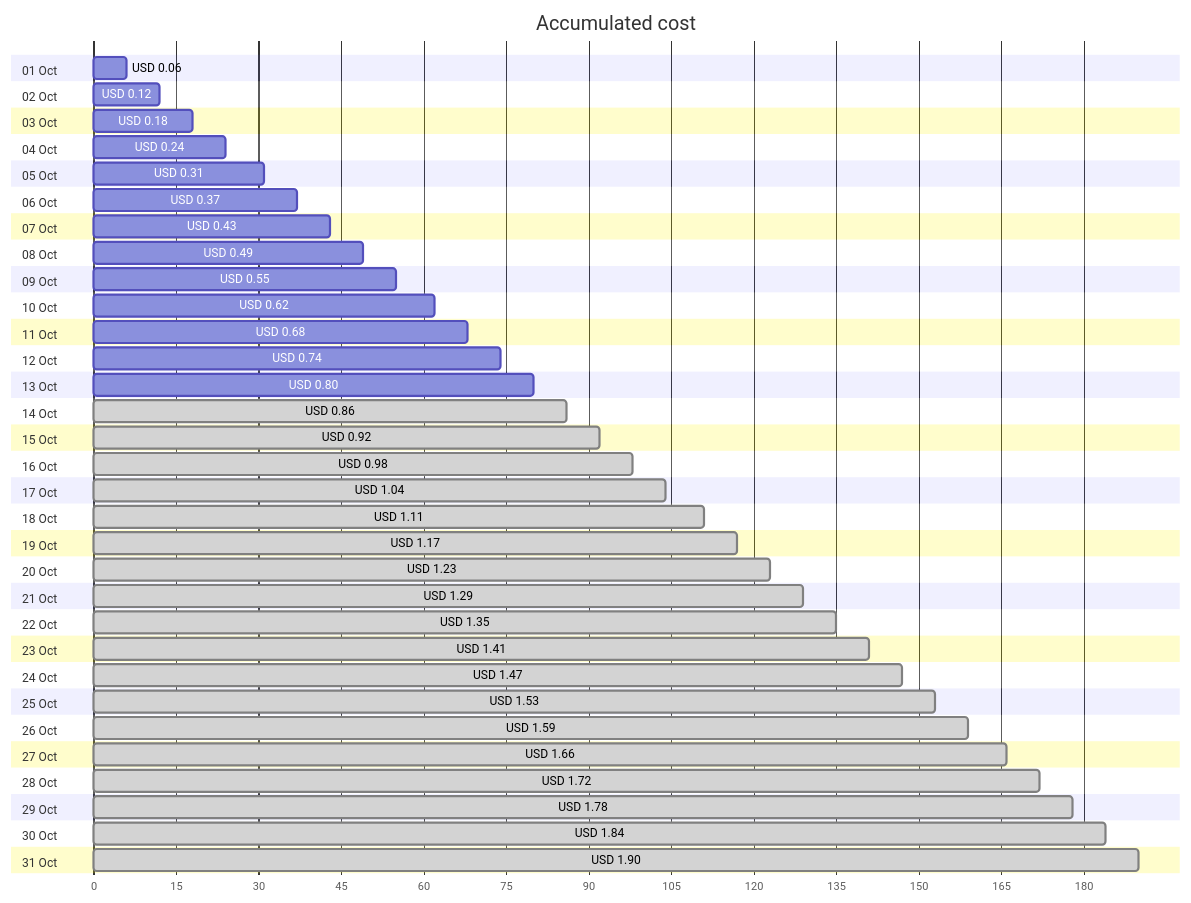
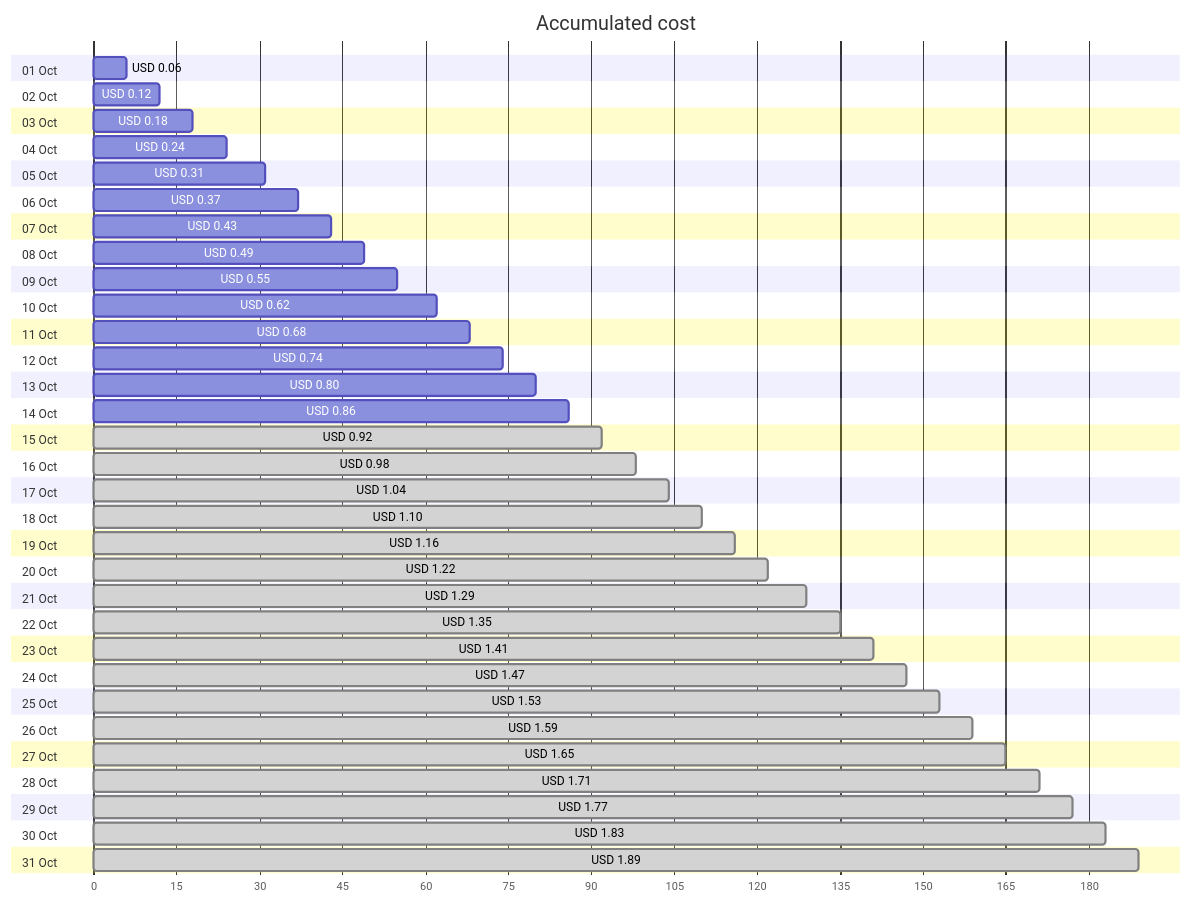
The first of 4 diagrams in cost-reports/personal-network/backup-server_OsDisk.md (jpfulton/azure-personal-reports), drawn with Mermaid before and after one commit. The commit also changed other lines of this file and 8 other files, not shown here.

````diff
--- a/cost-reports/personal-network/backup-server_OsDisk.md
+++ b/cost-reports/personal-network/backup-server_OsDisk.md
@@ -20,68 +20,68 @@
 ```mermaid
 gantt
    title Accumulated cost
    dateFormat  X
    axisFormat %s
    section 01 Oct
    USD 0.06 :0, 6
    section 02 Oct
    USD 0.12 :0, 12
    section 03 Oct
    USD 0.18 :0, 18
    section 04 Oct
    USD 0.24 :0, 24
    section 05 Oct
    USD 0.31 :0, 31
    section 06 Oct
    USD 0.37 :0, 37
    section 07 Oct
    USD 0.43 :0, 43
    section 08 Oct
    USD 0.49 :0, 49
    section 09 Oct
    USD 0.55 :0, 55
    section 10 Oct
    USD 0.62 :0, 62
    section 11 Oct
    USD 0.68 :0, 68
    section 12 Oct
    USD 0.74 :0, 74
    section 13 Oct
    USD 0.80 :0, 80
    section 14 Oct
-   USD 0.86 : done, 0, 86
+   USD 0.86 :0, 86
    section 15 Oct
    USD 0.92 : done, 0, 92
    section 16 Oct
    USD 0.98 : done, 0, 98
    section 17 Oct
    USD 1.04 : done, 0, 104
    section 18 Oct
-   USD 1.11 : done, 0, 111
+   USD 1.10 : done, 0, 110
    section 19 Oct
-   USD 1.17 : done, 0, 117
+   USD 1.16 : done, 0, 116
    section 20 Oct
-   USD 1.23 : done, 0, 123
+   USD 1.22 : done, 0, 122
    section 21 Oct
    USD 1.29 : done, 0, 129
    section 22 Oct
    USD 1.35 : done, 0, 135
    section 23 Oct
    USD 1.41 : done, 0, 141
    section 24 Oct
    USD 1.47 : done, 0, 147
    section 25 Oct
    USD 1.53 : done, 0, 153
    section 26 Oct
    USD 1.59 : done, 0, 159
    section 27 Oct
-   USD 1.66 : done, 0, 166
+   USD 1.65 : done, 0, 165
    section 28 Oct
-   USD 1.72 : done, 0, 172
+   USD 1.71 : done, 0, 171
    section 29 Oct
-   USD 1.78 : done, 0, 178
+   USD 1.77 : done, 0, 177
    section 30 Oct
-   USD 1.84 : done, 0, 184
+   USD 1.83 : done, 0, 183
    section 31 Oct
-   USD 1.90 : done, 0, 190
+   USD 1.89 : done, 0, 189
 ```
````
